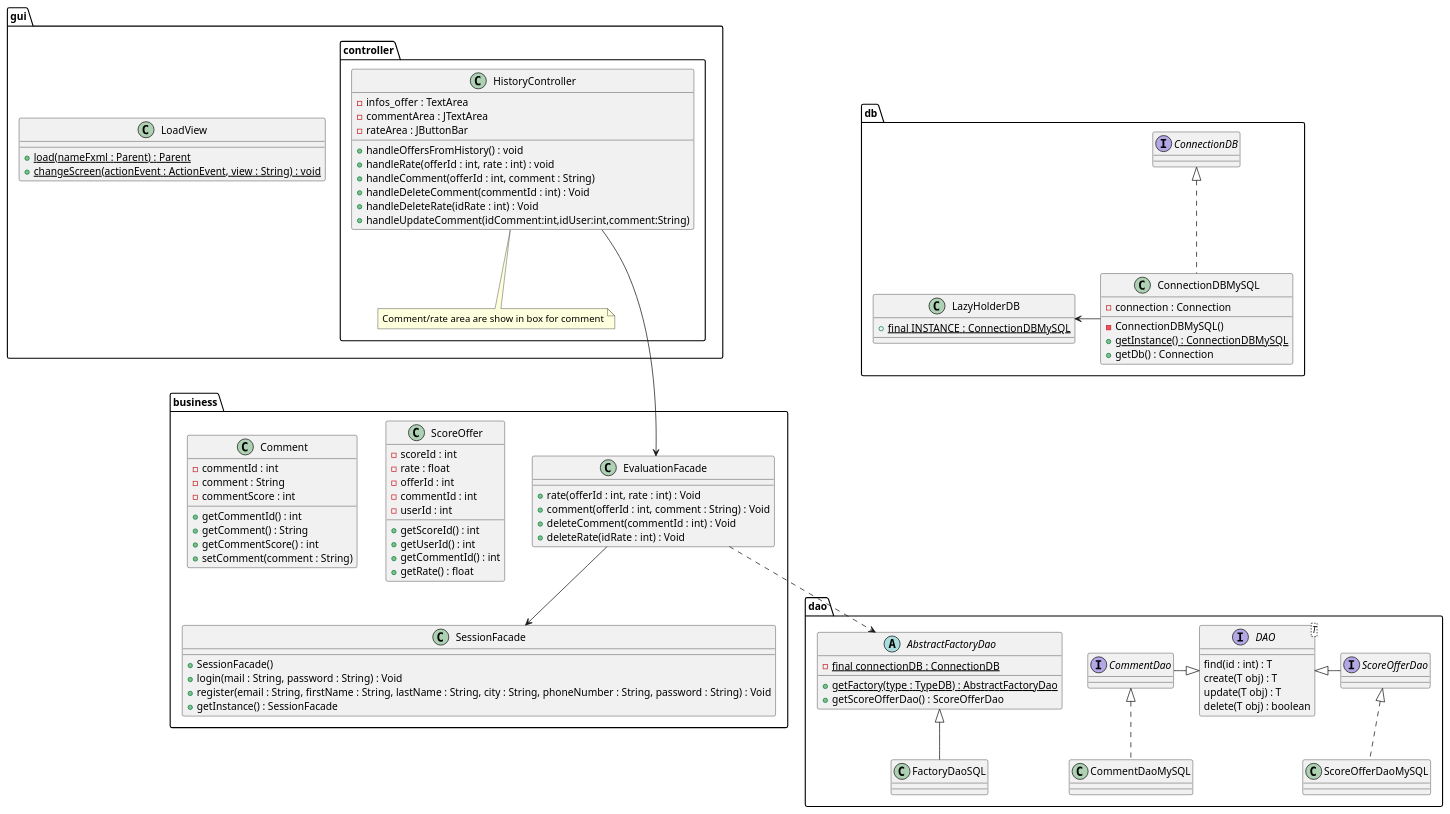
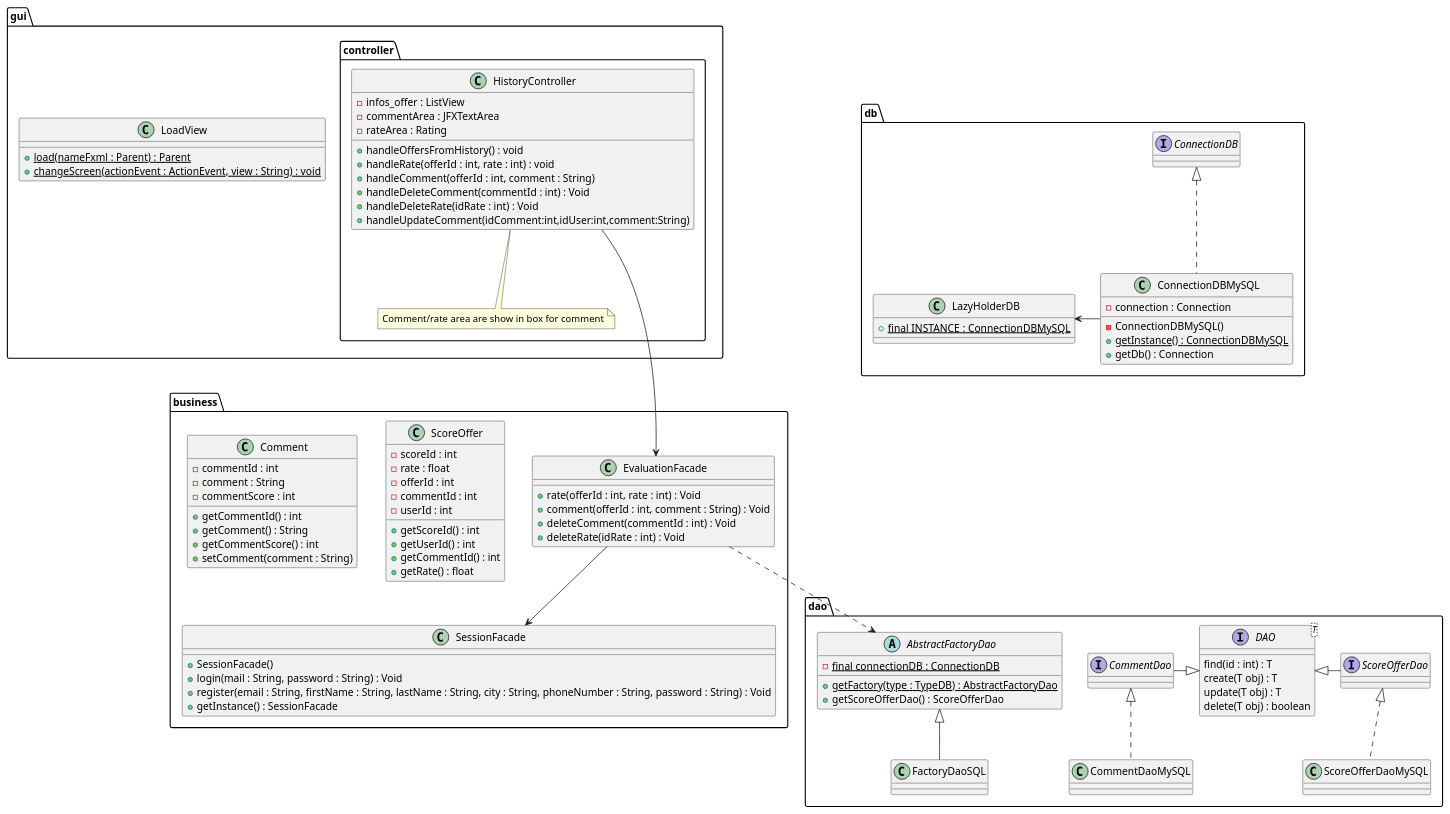
The diagram in documents/diagram/evaluation/evaluationClass.puml (LaunoisRemy/ToolShare), drawn with PlantUML before and after one commit. The commit also changed 2 other files, not shown here.

Commit message:
UPDATE on Class&Sequence diag (parameters fix)

```diff
--- a/documents/diagram/evaluation/evaluationClass.puml
+++ b/documents/diagram/evaluation/evaluationClass.puml
@@ -1,120 +1,120 @@
 @startuml
 
 package dao {
 
 
     interface ScoreOfferDao{
     }
     class ScoreOfferDaoMySQL
     interface CommentDao{
     }
     class CommentDaoMySQL
 
     AbstractFactoryDao <|-- FactoryDaoSQL
     ScoreOfferDao <|.. ScoreOfferDaoMySQL
     CommentDao <|.. CommentDaoMySQL
 
     interface DAO<T>{
         find(id : int) : T
         create(T obj) : T
         update(T obj) : T
         delete(T obj) : boolean
     }
 
     abstract AbstractFactoryDao{
         - {static} final connectionDB : ConnectionDB
         + {static} getFactory(type : TypeDB) : AbstractFactoryDao
         + getScoreOfferDao() : ScoreOfferDao
     }
 
     class FactoryDaoSQL{
     }
 
     DAO <|- ScoreOfferDao
     DAO <|-left CommentDao
 }
 package db{
     class ConnectionDBMySQL{
         - connection : Connection
         - ConnectionDBMySQL()
         + {static} getInstance() : ConnectionDBMySQL
         + getDb() : Connection
     }
 
     class LazyHolderDB{
         + {static} final INSTANCE : ConnectionDBMySQL
     }
     interface ConnectionDB
     ConnectionDBMySQL -Left-> LazyHolderDB
     ConnectionDBMySQL .up.|> ConnectionDB
 
 }
 package business{
     class SessionFacade{
         + SessionFacade()
         + login(mail : String, password : String) : Void
         + register(email : String, firstName : String, lastName : String, city : String, phoneNumber : String, password : String) : Void
         + getInstance() : SessionFacade
     }
 
     class EvaluationFacade{
         + rate(offerId : int, rate : int) : Void
         + comment(offerId : int, comment : String) : Void
         + deleteComment(commentId : int) : Void
         + deleteRate(idRate : int) : Void
     }
     class ScoreOffer{
         - scoreId : int
         - rate : float
         - offerId : int
         - commentId : int
         - userId : int
         + getScoreId() : int
         + getUserId() : int
         + getCommentId() : int
         + getRate() : float
     }
 
     class Comment{
     - commentId : int
     - comment : String
     - commentScore : int
     + getCommentId() : int
     + getComment() : String
     + getCommentScore() : int
     + setComment(comment : String)
     }
 }
 
 package gui{
 
     class LoadView{
         + {static} load(nameFxml : Parent) : Parent
         + {static} changeScreen(actionEvent : ActionEvent, view : String) : void
     }
 
     package controller{
         note "Comment/rate area are show in box for comment" as n1
         HistoryController .. n1
         class HistoryController{
-            - infos_offer : TextArea
-            - commentArea : JTextArea
-            - rateArea : JButtonBar
+            - infos_offer : ListView
+            - commentArea : JFXTextArea
+            - rateArea : Rating
 
             + handleOffersFromHistory() : void
             + handleRate(offerId : int, rate : int) : void
             + handleComment(offerId : int, comment : String)
             + handleDeleteComment(commentId : int) : Void
             + handleDeleteRate(idRate : int) : Void
             + handleUpdateComment(idComment:int,idUser:int,comment:String)
         }
 
     }
 }
 EvaluationFacade <--Up- HistoryController
 EvaluationFacade --> SessionFacade
 EvaluationFacade ..> AbstractFactoryDao
 
 
 
 @enduml
```
